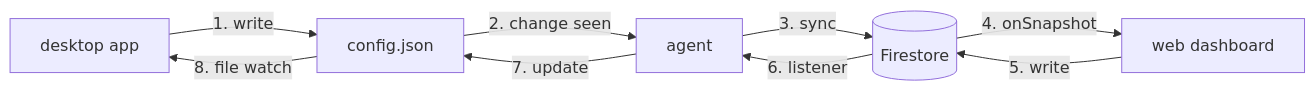
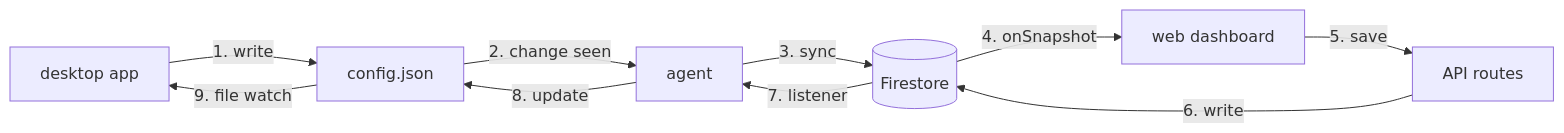
One commit to tridant-io/owlette changed the fifth of 11 diagrams in web/content/docs/architecture.mdx. Above: the diagram before and after it, drawn with Mermaid. The commit also changed other lines of this file and 113 other files, not shown here.

````diff
--- a/web/content/docs/architecture.mdx
+++ b/web/content/docs/architecture.mdx
@@ -265,11 +268,12 @@
 ```mermaid
 flowchart LR
     App["desktop app"] -->|"1. write"| Config["config.json"]
     Config -->|"2. change seen"| Agent["agent"]
     Agent -->|"3. sync"| FS[("Firestore")]
     FS -->|"4. onSnapshot"| Dashboard["web dashboard"]
-    Dashboard -->|"5. write"| FS
-    FS -->|"6. listener"| Agent
-    Agent -->|"7. update"| Config
-    Config -->|"8. file watch"| App
+    Dashboard -->|"5. save"| API["API routes"]
+    API -->|"6. write"| FS
+    FS -->|"7. listener"| Agent
+    Agent -->|"8. update"| Config
+    Config -->|"9. file watch"| App
 ```
````
